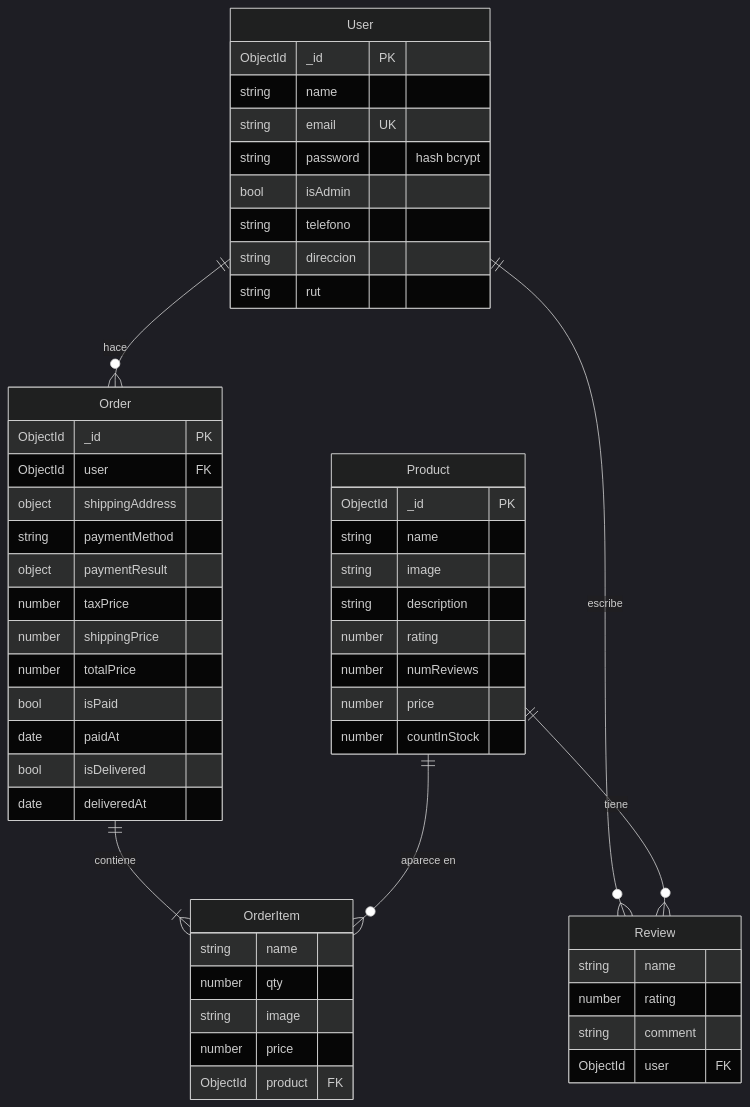
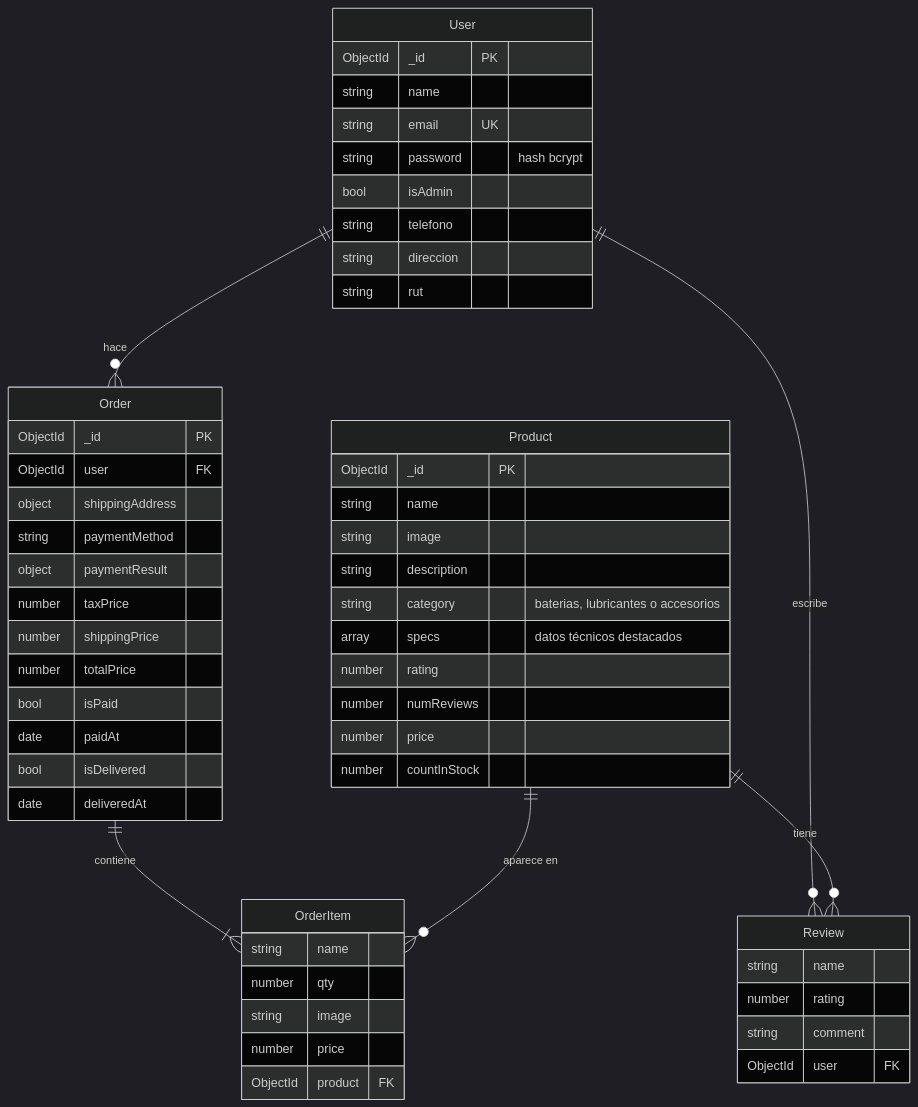
Before and after one commit to Jose94D/Seminario-de-titulo-E-commerce: the diagram in README.md, drawn with Mermaid (dark theme). The commit also changed other lines of this file and 12 other files, not shown here.

````diff
--- a/README.md
+++ b/README.md
@@ -112,56 +111,58 @@
 ```mermaid
 erDiagram
     User ||--o{ Order : "hace"
     User ||--o{ Review : "escribe"
     Product ||--o{ Review : "tiene"
     Order ||--|{ OrderItem : "contiene"
     Product ||--o{ OrderItem : "aparece en"
 
     User {
         ObjectId _id PK
         string name
         string email UK
         string password "hash bcrypt"
         bool isAdmin
         string telefono
         string direccion
         string rut
     }
     Product {
         ObjectId _id PK
         string name
         string image
         string description
+        string category "baterias, lubricantes o accesorios"
+        array specs "datos técnicos destacados"
         number rating
         number numReviews
         number price
         number countInStock
     }
     Review {
         string name
         number rating
         string comment
         ObjectId user FK
     }
     Order {
         ObjectId _id PK
         ObjectId user FK
         object shippingAddress
         string paymentMethod
         object paymentResult
         number taxPrice
         number shippingPrice
         number totalPrice
         bool isPaid
         date paidAt
         bool isDelivered
         date deliveredAt
     }
     OrderItem {
         string name
         number qty
         string image
         number price
         ObjectId product FK
     }
 ```
````
